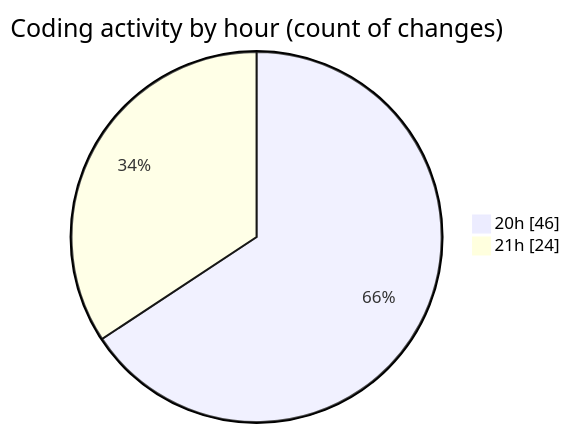
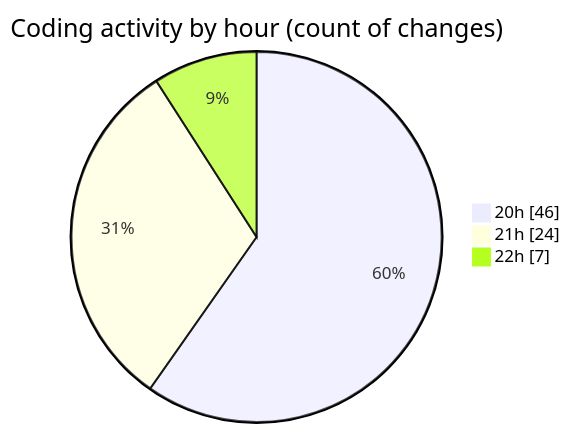
The second of 2 diagrams in 2025-10-29/skintrack/README.md (Netris89/code-tracking), drawn with Mermaid before and after one commit. The commit also changed other lines of this file and 1 other file, not shown here.

````diff
--- a/2025-10-29/skintrack/README.md
+++ b/2025-10-29/skintrack/README.md
@@ -45,6 +45,7 @@
 ```mermaid
 pie showData
 title Coding activity by hour (count of changes)
 "20h" : 46
 "21h" : 24
+"22h" : 7
 ```
````
